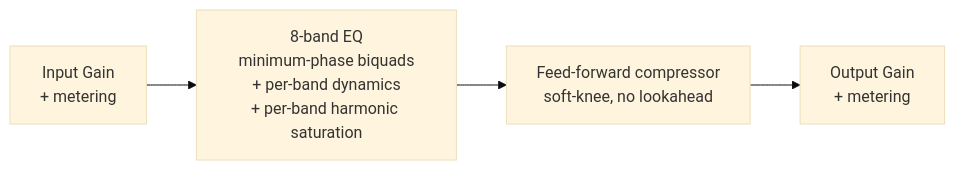
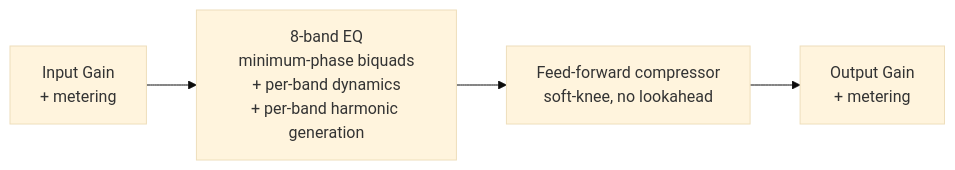
One commit to stoatworks-labs/zero-eq changed the diagram in README.md. Above: the diagram before and after it, drawn with Mermaid (base theme). The commit also changed other lines of this file and 1 other file, not shown here.

````diff
--- a/README.md
+++ b/README.md
@@ -74,6 +74,6 @@
 ```mermaid
 flowchart LR
-    IN["Input Gain<br/>+ metering"] --> EQ["8-band EQ<br/>minimum-phase biquads<br/>+ per-band dynamics<br/>+ per-band harmonic saturation"]
+    IN["Input Gain<br/>+ metering"] --> EQ["8-band EQ<br/>minimum-phase biquads<br/>+ per-band dynamics<br/>+ per-band harmonic generation"]
     EQ --> COMP["Feed-forward compressor<br/>soft-knee, no lookahead"]
     COMP --> OUT["Output Gain<br/>+ metering"]
 ```
````
